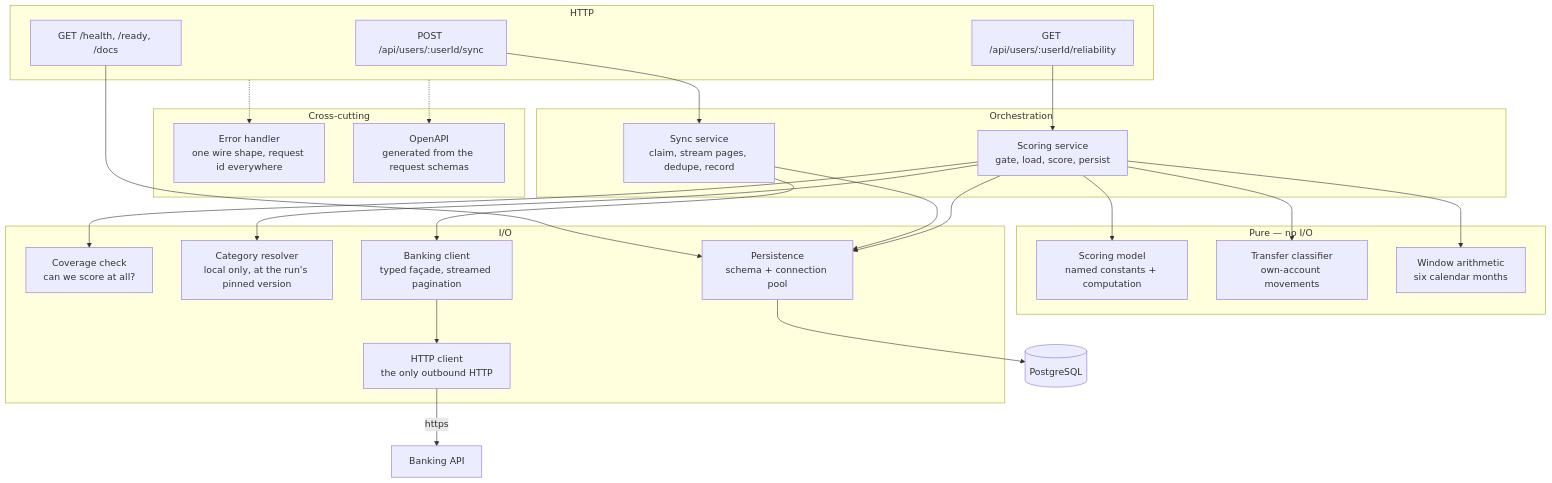
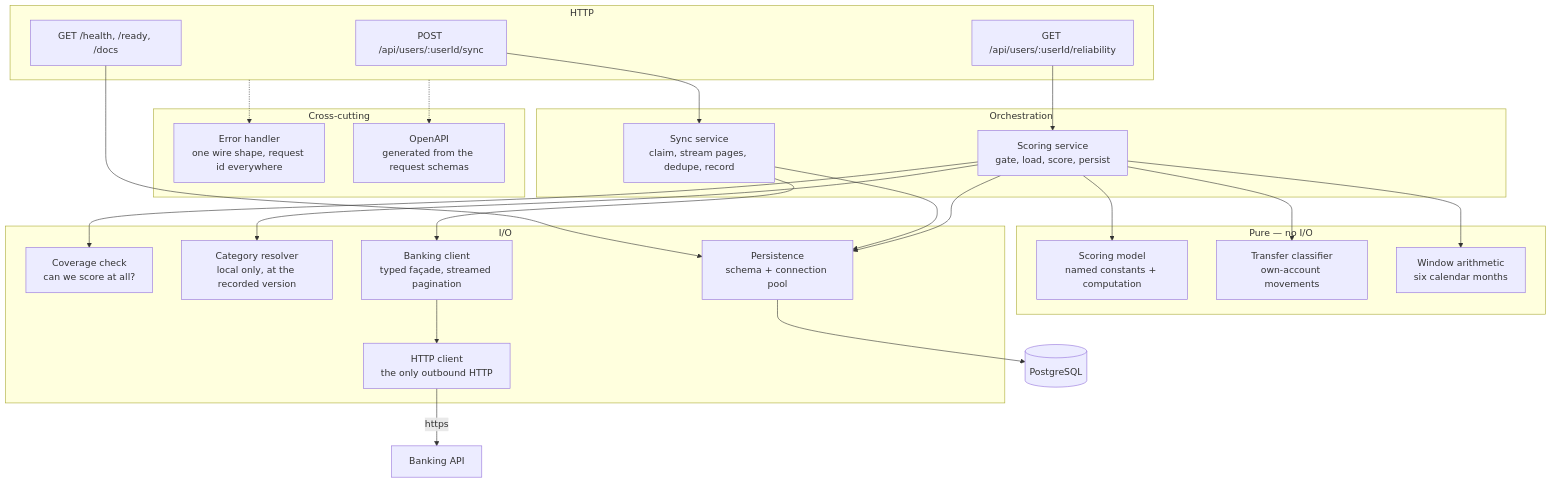
Before and after one commit to ajaybodhe/bonify-credit-builder: the second of 4 diagrams in docs/architecture-design.md, drawn with Mermaid. The commit also changed other lines of this file and 44 other files, not shown here.

````diff
--- a/docs/architecture-design.md
+++ b/docs/architecture-design.md
@@ -148,49 +148,49 @@
 ```mermaid
 flowchart TD
     subgraph http["HTTP"]
         R1["POST /api/users/:userId/sync"]
         R2["GET /api/users/:userId/reliability"]
         R3["GET /health, /ready, /docs"]
     end
 
     subgraph cross["Cross-cutting"]
         EH["Error handler<br/>one wire shape, request id everywhere"]
         OA["OpenAPI<br/>generated from the request schemas"]
     end
 
     subgraph app["Orchestration"]
         SS["Sync service<br/>claim, stream pages, dedupe, record"]
         RS["Scoring service<br/>gate, load, score, persist"]
     end
 
     subgraph pure["Pure — no I/O"]
         SC["Scoring model<br/>named constants + computation"]
         TR["Transfer classifier<br/>own-account movements"]
         DT["Window arithmetic<br/>six calendar months"]
     end
 
     subgraph io["I/O"]
         CV["Coverage check<br/>can we score at all?"]
-        CAT["Category resolver<br/>local only, at the run's pinned version"]
+        CAT["Category resolver<br/>local only, at the recorded version"]
         BC["Banking client<br/>typed façade, streamed pagination"]
         BH["HTTP client<br/>the only outbound HTTP"]
         DBL["Persistence<br/>schema + connection pool"]
     end
 
     R1 --> SS
     R2 --> RS
     R3 --> DBL
     http -.-> EH
     http -.-> OA
     SS --> BC
     SS --> DBL
     RS --> CV
     RS --> CAT
     RS --> SC
     RS --> TR
     RS --> DT
     RS --> DBL
     BC --> BH
     BH -->|https| Bank["Banking API"]
     DBL --> PG[("PostgreSQL")]
 ```
````
